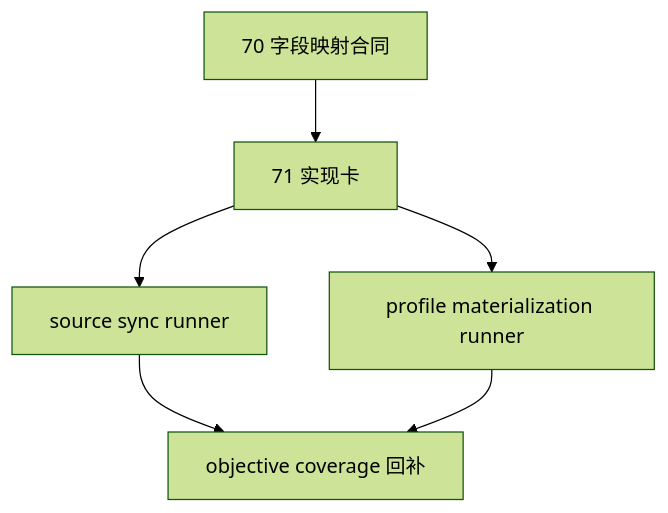
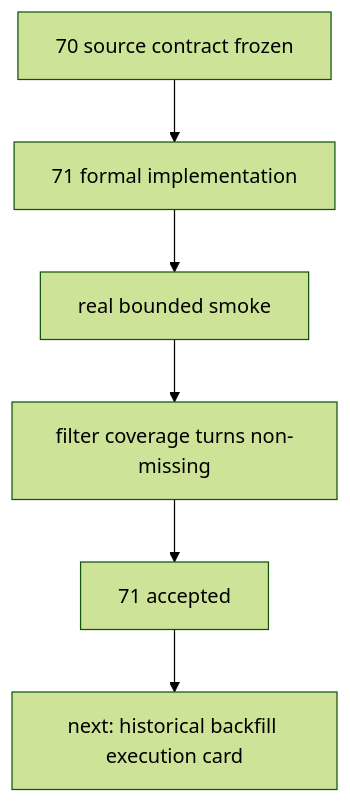
One commit to everything-is-simple/lifespan-0.01 changed the diagram in docs/03-execution/71-tushare-objective-source-ledger-and-profile-materialization-conclusion-20260415.md. Above: the diagram before and after it, drawn with Mermaid (forest theme). The commit also changed other lines of this file and 5 other files, not shown here.

````diff
--- a/docs/03-execution/71-tushare-objective-source-ledger-and-profile-materialization-conclusion-20260415.md
+++ b/docs/03-execution/71-tushare-objective-source-ledger-and-profile-materialization-conclusion-20260415.md
@@ -32,8 +65,8 @@
 ```mermaid
 flowchart TD
-    A["70 字段映射合同"] --> B["71 实现卡"]
-    B --> C["source sync runner"]
-    B --> D["profile materialization runner"]
-    C --> E["objective coverage 回补"]
-    D --> E
+    A["70 source contract frozen"] --> B["71 formal implementation"]
+    B --> C["real bounded smoke"]
+    C --> D["filter coverage turns non-missing"]
+    D --> E["71 accepted"]
+    E --> F["next: historical backfill execution card"]
 ```
````
